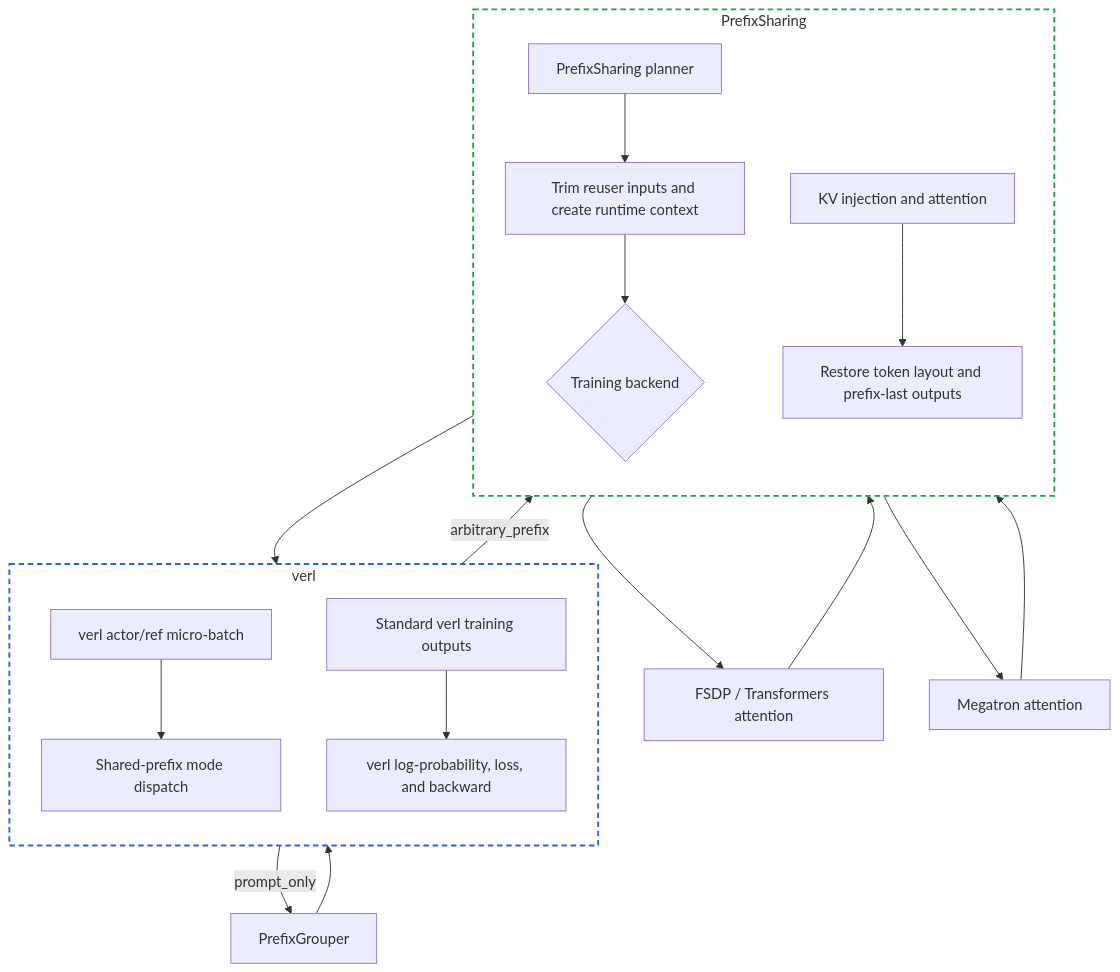
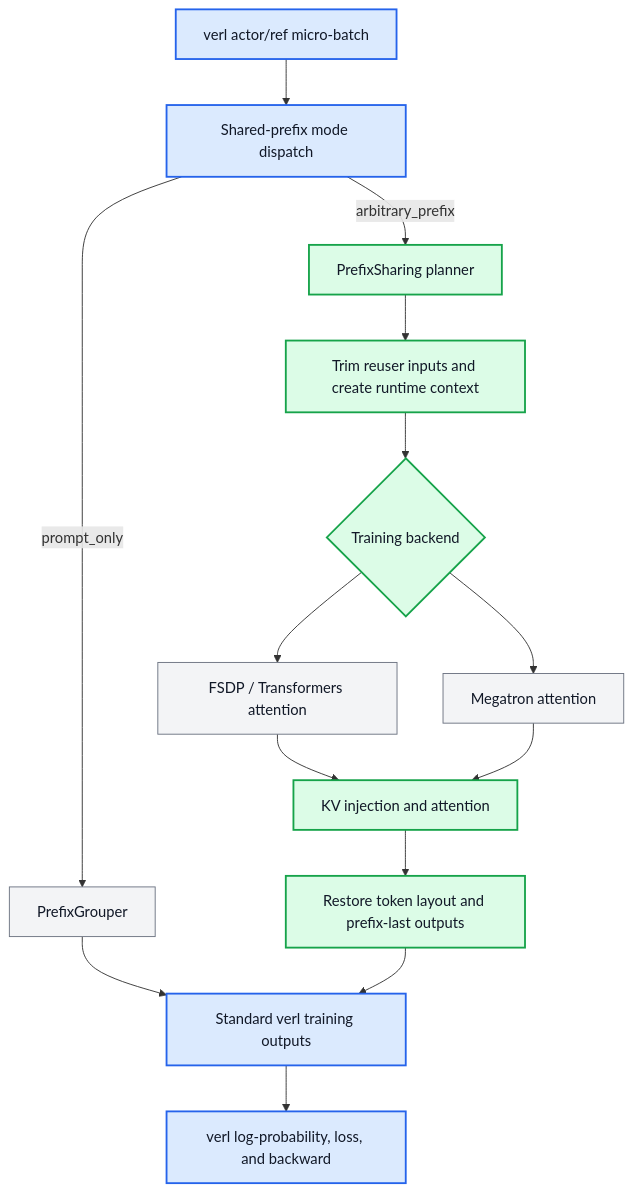
One commit to Jackie2049/PrefixSharing changed the diagram in docs/rfc/verl-prefix-sharing-rfc.md. Above: the diagram before and after it, drawn with Mermaid. The commit also changed other lines of this file, not shown here.

Commit message:
[doc] 使用节点着色标识 RFC 代码归属

````diff
--- a/docs/rfc/verl-prefix-sharing-rfc.md
+++ b/docs/rfc/verl-prefix-sharing-rfc.md
@@ -73,36 +73,23 @@
 ```mermaid
 flowchart TD
-    subgraph VERL["verl"]
-        direction TD
-        A["verl actor/ref micro-batch"]
-        B["Shared-prefix mode dispatch"]
-        K["Standard verl training outputs"]
-        L["verl log-probability, loss, and backward"]
-    end
-
-    subgraph PREFIX_SHARING["PrefixSharing"]
-        direction TD
-        D["PrefixSharing planner"]
-        E["Trim reuser inputs and create runtime context"]
-        F{"Training backend"}
-        I["KV injection and attention"]
-        J["Restore token layout and prefix-last outputs"]
-    end
-
-    A --> B
+    A["verl actor/ref micro-batch"] --> B["Shared-prefix mode dispatch"]
     B -->|"prompt_only"| C["PrefixGrouper"]
-    B -->|"arbitrary_prefix"| D
-    D --> E
-    E --> F
+    B -->|"arbitrary_prefix"| D["PrefixSharing planner"]
+    D --> E["Trim reuser inputs and create runtime context"]
+    E --> F{"Training backend"}
     F --> G["FSDP / Transformers attention"]
     F --> H["Megatron attention"]
-    G --> I
+    G --> I["KV injection and attention"]
     H --> I
-    I --> J
-    C --> K
+    I --> J["Restore token layout and prefix-last outputs"]
+    C --> K["Standard verl training outputs"]
     J --> K
-    K --> L
+    K --> L["verl log-probability, loss, and backward"]
 
-    style VERL fill:none,stroke:#2563eb,stroke-width:2px,stroke-dasharray:6 4
-    style PREFIX_SHARING fill:none,stroke:#16a34a,stroke-width:2px,stroke-dasharray:6 4
+    classDef verl fill:#dbeafe,stroke:#2563eb,color:#111827,stroke-width:2px
+    classDef prefixSharing fill:#dcfce7,stroke:#16a34a,color:#111827,stroke-width:2px
+    classDef existing fill:#f3f4f6,stroke:#6b7280,color:#111827,stroke-width:1px
+    class A,B,K,L verl
+    class D,E,F,I,J prefixSharing
+    class C,G,H existing
 ```
````
